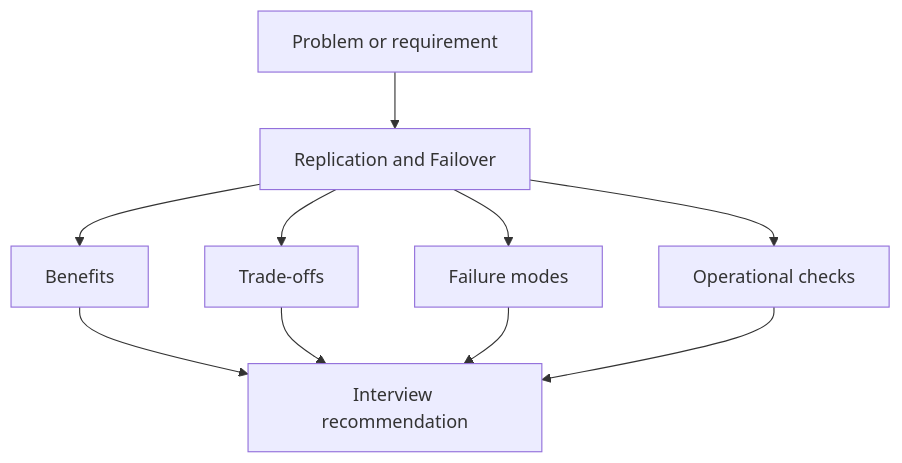
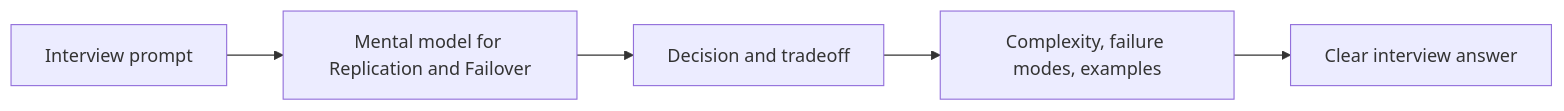
The diagram in components/databases/replication/index.md (abstractinterviews/abstractinterviews.github.io), drawn with Mermaid before and after one commit. The commit also changed other lines of this file and 278 other files, not shown here.

````diff
--- a/components/databases/replication/index.md
+++ b/components/databases/replication/index.md
@@ -102,12 +94,7 @@
-~~~mermaid
-flowchart TD
-    Problem["Problem or requirement"] --> Concept["Replication and Failover"]
-    Concept --> Benefits["Benefits"]
-    Concept --> Tradeoffs["Trade-offs"]
-    Concept --> FailureModes["Failure modes"]
-    Concept --> Operations["Operational checks"]
-    Benefits --> Decision["Interview recommendation"]
-    Tradeoffs --> Decision
-    FailureModes --> Decision
-    Operations --> Decision
-~~~
+```mermaid
+flowchart LR
+    Problem["Interview prompt"] --> Model["Mental model for Replication and Failover"]
+    Model --> Choice["Decision and tradeoff"]
+    Choice --> Evidence["Complexity, failure modes, examples"]
+    Evidence --> Answer["Clear interview answer"]
+```
````
